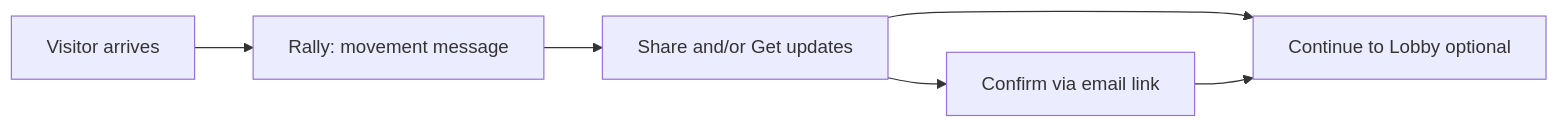
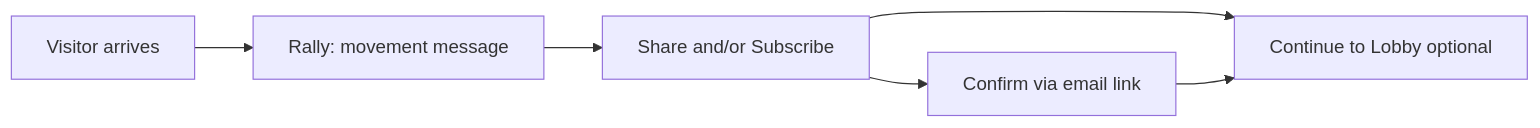
Before and after one commit to powerbackus/powerback: the second of 2 diagrams in specs/rally-page.md, drawn with Mermaid. The commit also changed other lines of this file and 22 other files, not shown here.

````diff
--- a/specs/rally-page.md
+++ b/specs/rally-page.md
@@ -215,14 +215,14 @@
 ```mermaid
 flowchart LR
   Arrive[Visitor arrives]
   Rally[Rally: movement message]
-  ShareOrEmail[Share and/or Get updates]
+  ShareOrEmail[Share and/or Subscribe]
   Confirm[Confirm via email link]
   Lobby[Continue to Lobby optional]
 
   Arrive --> Rally
   Rally --> ShareOrEmail
   ShareOrEmail --> Confirm
   ShareOrEmail --> Lobby
   Confirm --> Lobby
 ```
````
